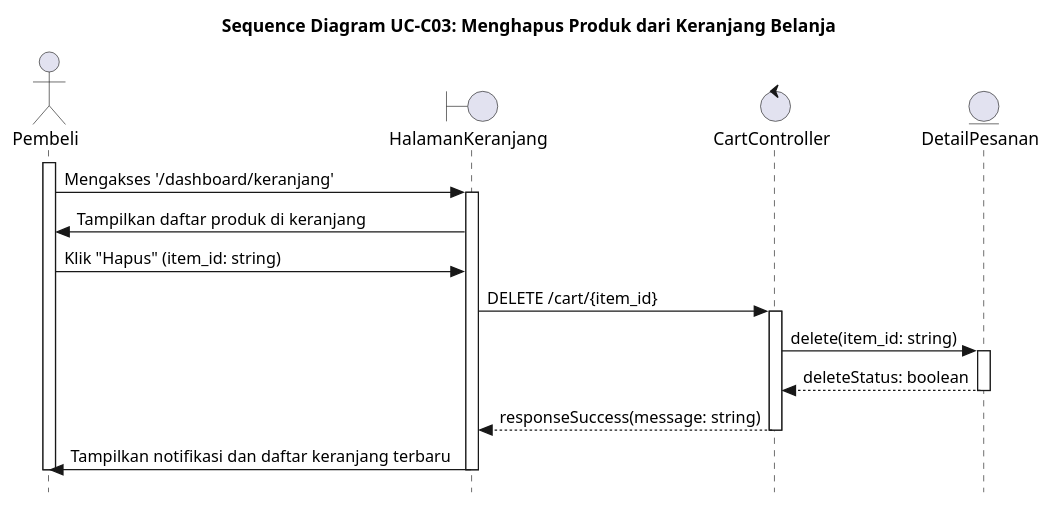
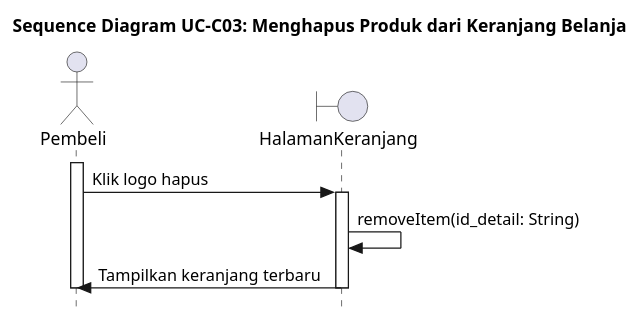
Before and after one commit to alfiahnurfa/RSI-PROYEK-AKHIR-SEQUENCE: the diagram in UC-C03.PUML, drawn with PlantUML. The commit also changed 29 other files, not shown here.

Commit message:
hapus aktor database dari semua sequence

```diff
--- a/UC-C03.PUML
+++ b/UC-C03.PUML
@@ -1,32 +1,18 @@
 @startuml SD-UC-C03_HapusKeranjang
 title Sequence Diagram UC-C03: Menghapus Produk dari Keranjang Belanja
 skinparam style strictuml
 
 actor Pembeli
 boundary HalamanKeranjang
-control CartController
-entity DetailPesanan
 
 activate Pembeli
-Pembeli -> HalamanKeranjang : Mengakses '/dashboard/keranjang'
+
+Pembeli -> HalamanKeranjang : Klik logo hapus
 activate HalamanKeranjang
-HalamanKeranjang -> Pembeli : Tampilkan daftar produk di keranjang
 
-Pembeli -> HalamanKeranjang : Klik "Hapus" (item_id: string)
-
-HalamanKeranjang -> CartController : DELETE /cart/{item_id}
-activate CartController
-
-CartController -> DetailPesanan : delete(item_id: string)
-activate DetailPesanan
-DetailPesanan --> CartController : deleteStatus: boolean
-deactivate DetailPesanan
-
-CartController --> HalamanKeranjang : responseSuccess(message: string)
-deactivate CartController
-
-HalamanKeranjang -> Pembeli : Tampilkan notifikasi dan daftar keranjang terbaru
+HalamanKeranjang -> HalamanKeranjang : removeItem(id_detail: String)
+HalamanKeranjang -> Pembeli : Tampilkan keranjang terbaru
 deactivate HalamanKeranjang
 deactivate Pembeli
 
 @enduml
```
